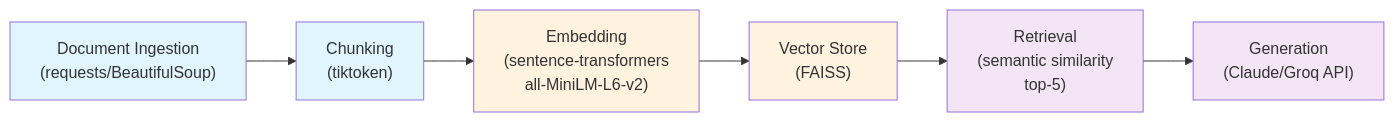
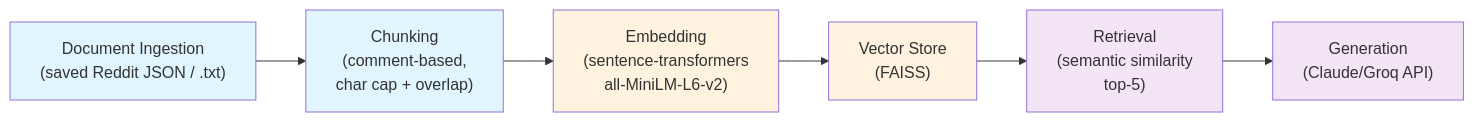
The diagram in planning.md (biswaskdk/ai201-project1-unofficial-guide-starter), drawn with Mermaid before and after one commit. The commit also changed other lines of this file and 13 other files, not shown here.

````diff
--- a/planning.md
+++ b/planning.md
@@ -81,19 +90,19 @@
 ```mermaid
 graph LR
-    A["Document Ingestion<br/>(requests/BeautifulSoup)"] 
-    B["Chunking<br/>(tiktoken)"] 
+    A["Document Ingestion<br/>(saved Reddit JSON / .txt)"] 
+    B["Chunking<br/>(comment-based,<br/>char cap + overlap)"] 
     C["Embedding<br/>(sentence-transformers<br/>all-MiniLM-L6-v2)"]
     D["Vector Store<br/>(FAISS)"]
     E["Retrieval<br/>(semantic similarity<br/>top-5)"] 
     F["Generation<br/>(Claude/Groq API)"]
     
     A --> B --> C --> D
     D --> E --> F
     
     style A fill:#e1f5ff
     style B fill:#e1f5ff
     style C fill:#fff3e0
     style D fill:#fff3e0
     style E fill:#f3e5f5
     style F fill:#f3e5f5
 ```
````
